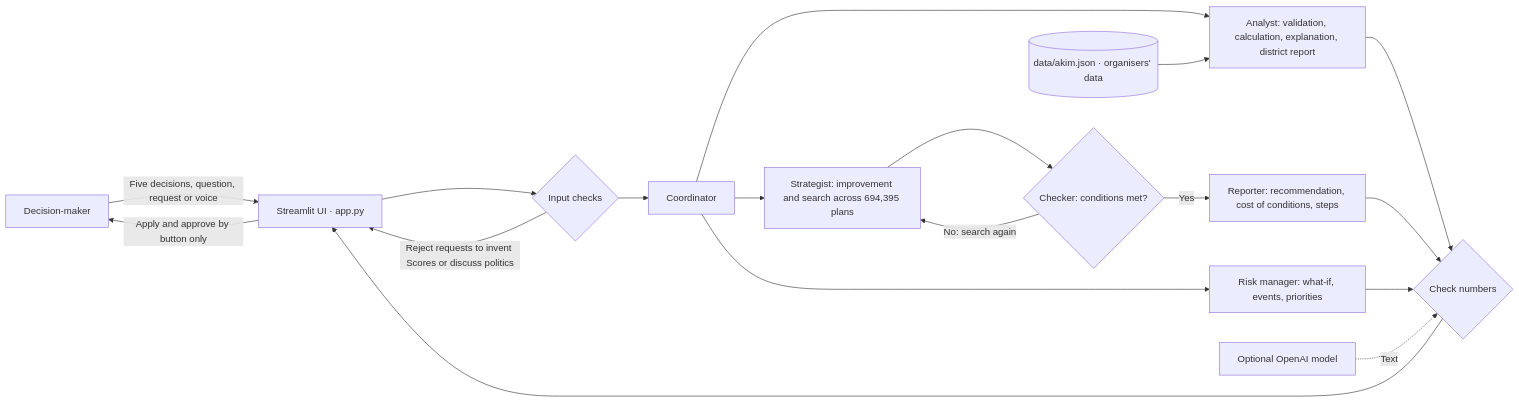
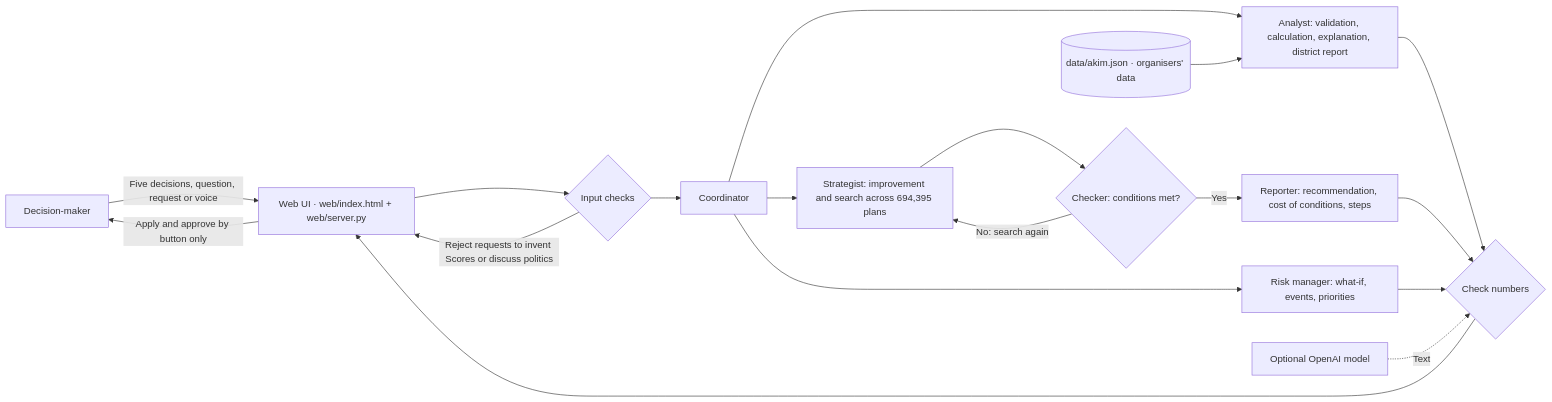
One commit to BAITC-Hacks/hack-5c60a040-terricon changed the diagram in README.en.md. Above: the diagram before and after it, drawn with Mermaid. The commit also changed other lines of this file and 16 other files, not shown here.

First line of the commit message:
feat(экран): новый экран web/ вместо Streamlit — карта районов OpenStreetMap и все функции агента

````diff
--- a/README.en.md
+++ b/README.en.md
@@ -167,20 +168,20 @@
 ```mermaid
 flowchart LR
-    U["Decision-maker"] -->|"Five decisions, question, request or voice"| S["Streamlit UI · app.py"]
+    U["Decision-maker"] -->|"Five decisions, question, request or voice"| S["Web UI · web/index.html + web/server.py"]
     S --> G{"Input checks"}
     G -->|"Reject requests to invent Scores or discuss politics"| S
     G --> K["Coordinator"]
     K --> A["Analyst: validation, calculation, explanation, district report"]
     K --> ST["Strategist: improvement and search across 694,395 plans"]
     ST --> P{"Checker: conditions met?"}
     P -->|"No: search again"| ST
     P -->|"Yes"| R["Reporter: recommendation, cost of conditions, steps"]
     K --> RM["Risk manager: what-if, events, priorities"]
     D[("data/akim.json · organisers' data")] --> A
     A --> N{"Check numbers"}
     R --> N
     RM --> N
     L["Optional OpenAI model"] -.->|"Text"| N
     N --> S
     S -->|"Apply and approve by button only"| U
 ```
````
